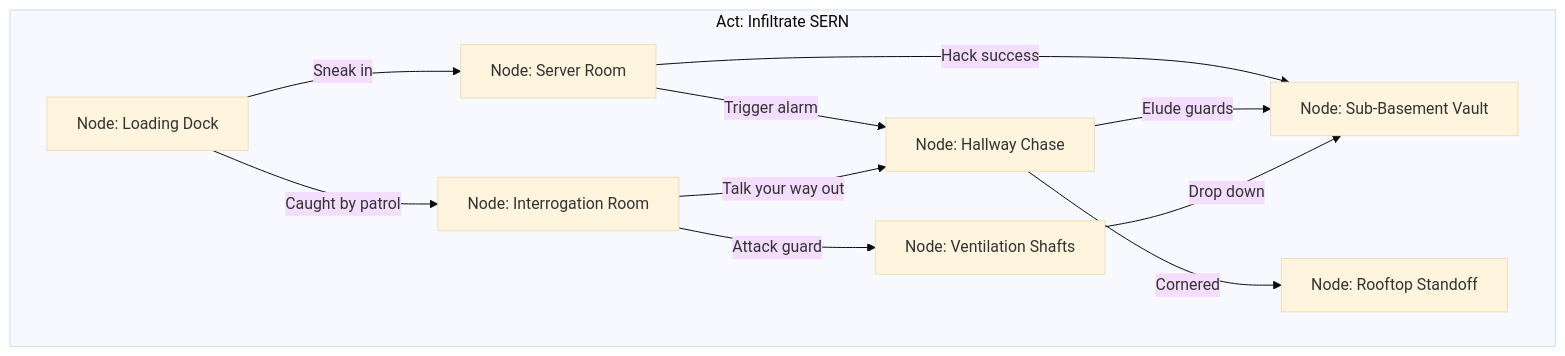
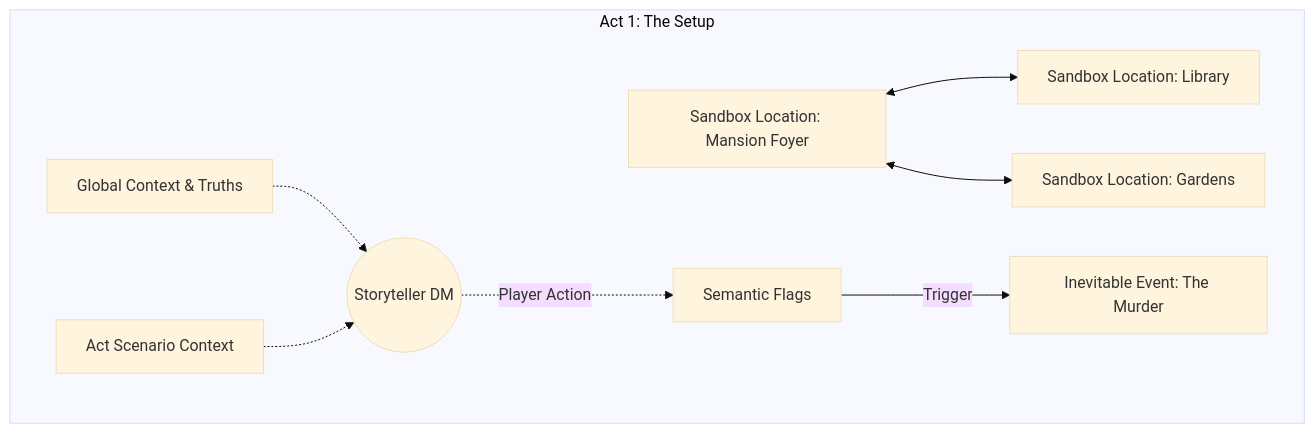
The first of 2 diagrams in server/vn/agents/storyteller-agent.md (WilliamJizh/ai-dungeon-tanstack), drawn with Mermaid (base theme) before and after one commit. The commit also changed other lines of this file and 26 other files, not shown here.

First line of the commit message:
feat: sandbox architecture, OpenRouter provider, semantic flags, and context sanitization

````diff
--- a/server/vn/agents/storyteller-agent.md
+++ b/server/vn/agents/storyteller-agent.md
@@ -15,14 +15,13 @@
 ```mermaid
 graph TD
-    subgraph "Act: Infiltrate SERN"
-        Start[Node: Loading Dock] -->|Sneak in| Stealth[Node: Server Room]
-        Start -->|Caught by patrol| Captured[Node: Interrogation Room]
-        Stealth -->|Hack success| Vault[Node: Sub-Basement Vault]
-        Stealth -->|Trigger alarm| Chase[Node: Hallway Chase]
-        Captured -->|Talk your way out| Chase
-        Captured -->|Attack guard| Escape[Node: Ventilation Shafts]
-        Chase -->|Elude guards| Vault
-        Chase -->|Cornered| Combat[Node: Rooftop Standoff]
-        Escape -->|Drop down| Vault
+    subgraph "Act 1: The Setup"
+        Global[Global Context & Truths] -.-> DM((Storyteller DM))
+        ActContext[Act Scenario Context] -.-> DM
+        
+        LocA[Sandbox Location: Mansion Foyer] <--> LocB[Sandbox Location: Library]
+        LocA <--> LocC[Sandbox Location: Gardens]
+        
+        DM -.->|Player Action| Flags[Semantic Flags]
+        Flags -->|Trigger| Event[Inevitable Event: The Murder]
     end
 ```
````
